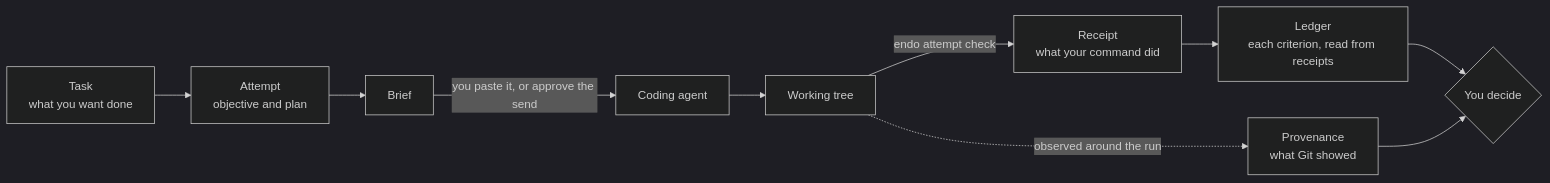
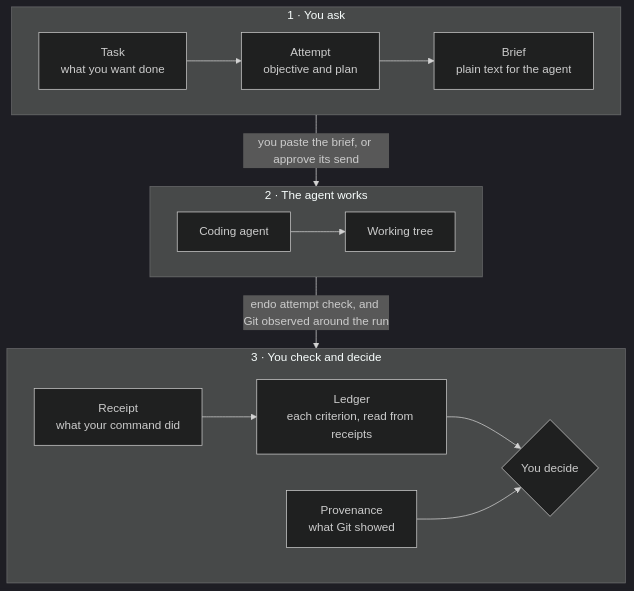
Before and after one commit to noctem-o/endophasia: the first of 2 diagrams in README.md, drawn with Mermaid (dark theme). The commit also changed other lines of this file, not shown here.

Commit message:
docs: fit the README's opening example to the column and lay the DEVELOP diagram out in three stages
The long evidence lines ran past the code block's right edge on GitHub, and the nine-node left-to-right diagram scaled down too far
to read. The example is re-wrapped (and says so), the tour's fixed calculator is split over shorter lines (re-run: 14), and the
diagram is three stacked stages. Both diagrams parse and render with Mermaid 11.

Claude-Session: https://claude.ai/code/session_01DgJurrE8GuZKoNri2y8hhr

````diff
--- a/README.md
+++ b/README.md
@@ -311,12 +314,18 @@
 ```mermaid
-flowchart LR
-    T["Task<br/>what you want done"] --> A["Attempt<br/>objective and plan"]
-    A --> B["Brief"]
-    B -->|"you paste it, or approve the send"| G["Coding agent"]
-    G --> W["Working tree"]
-    W -->|"endo attempt check"| R["Receipt<br/>what your command did"]
-    W -.->|"observed around the run"| P["Provenance<br/>what Git showed"]
-    R --> L["Ledger<br/>each criterion, read from receipts"]
-    L --> D{"You decide"}
-    P --> D
+flowchart TB
+    subgraph ask["1 · You ask"]
+        direction LR
+        T["Task<br/>what you want done"] --> A["Attempt<br/>objective and plan"] --> B["Brief<br/>plain text for the agent"]
+    end
+    subgraph work["2 · The agent works"]
+        direction LR
+        G["Coding agent"] --> W["Working tree"]
+    end
+    subgraph check["3 · You check and decide"]
+        direction LR
+        R["Receipt<br/>what your command did"] --> L["Ledger<br/>each criterion, read from receipts"] --> D{"You decide"}
+        P["Provenance<br/>what Git showed"] --> D
+    end
+    ask -->|"you paste the brief, or approve its send"| work
+    work -->|"endo attempt check, and Git observed around the run"| check
 ```
````
